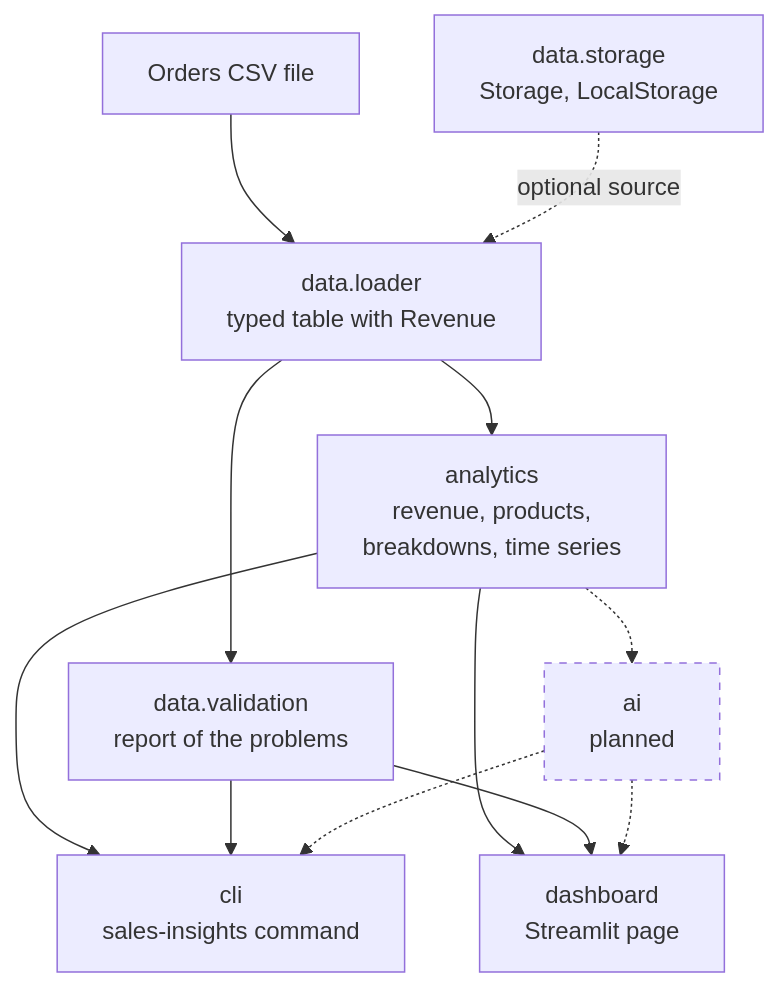
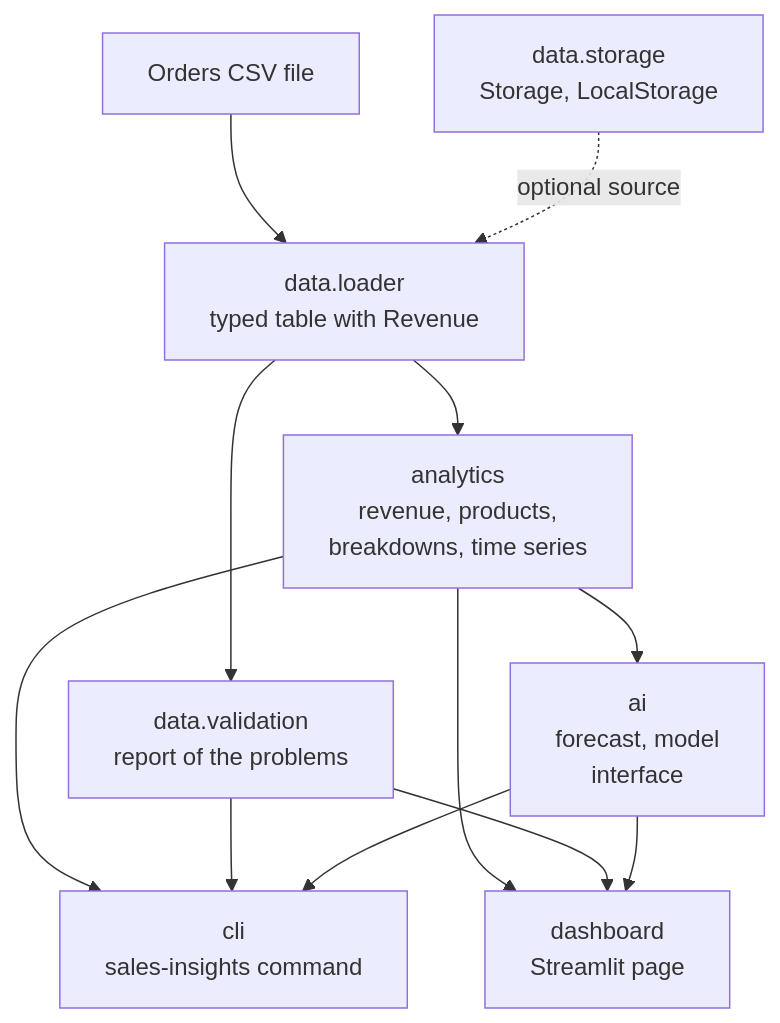
One commit to Priscilla47/E-Commerce-Sales-Dashboard_Project changed the diagram in docs/architecture.md. Above: the diagram before and after it, drawn with Mermaid. The commit also changed other lines of this file and 6 other files, not shown here.

````diff
--- a/docs/architecture.md
+++ b/docs/architecture.md
@@ -18,15 +18,14 @@
 ```mermaid
 flowchart TD
     FILE["Orders CSV file"] --> LOADER
     STORAGE["data.storage<br/>Storage, LocalStorage"] -.->|optional source| LOADER
     LOADER["data.loader<br/>typed table with Revenue"] --> VALIDATION["data.validation<br/>report of the problems"]
     LOADER --> ANALYTICS["analytics<br/>revenue, products,<br/>breakdowns, time series"]
     ANALYTICS --> CLI["cli<br/>sales-insights command"]
     VALIDATION --> CLI
     ANALYTICS --> DASHBOARD["dashboard<br/>Streamlit page"]
     VALIDATION --> DASHBOARD
-    ANALYTICS -.-> AI["ai<br/>planned"]:::planned
-    AI -.-> DASHBOARD
-    AI -.-> CLI
-    classDef planned stroke-dasharray: 5 5
+    ANALYTICS --> AI["ai<br/>forecast, model<br/>interface"]
+    AI --> DASHBOARD
+    AI --> CLI
 ```
````
